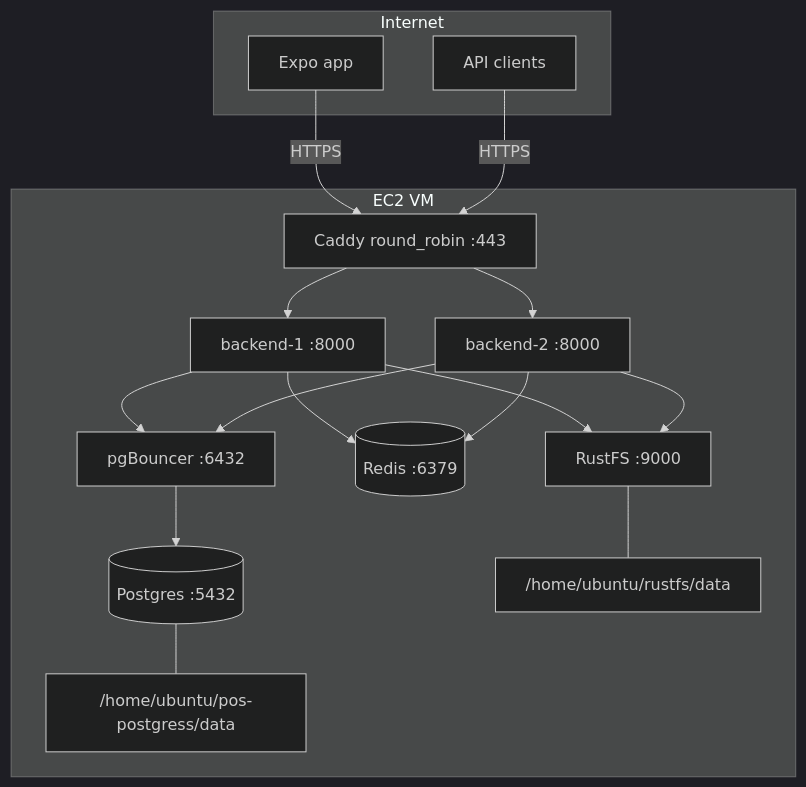
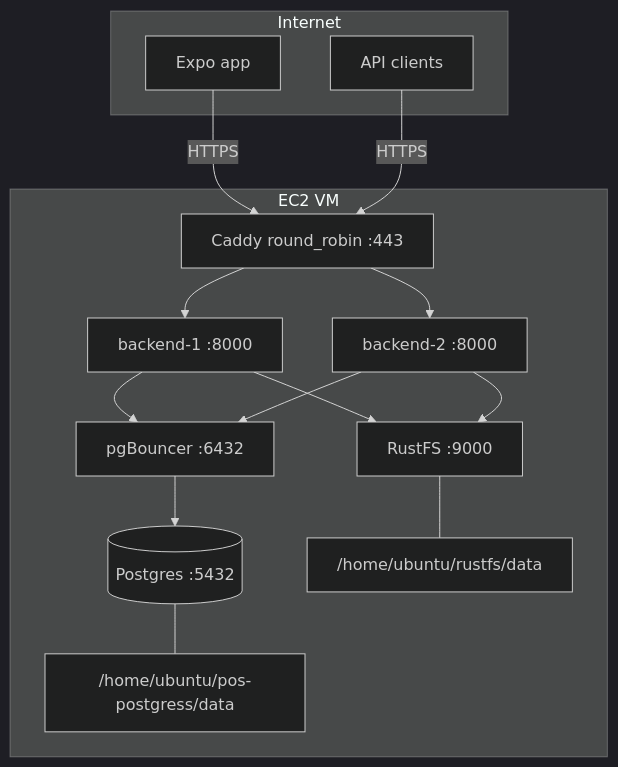
The second of 2 diagrams in README.md (durozen-technologies/Duro_POS), drawn with Mermaid (dark theme) before and after one commit. The commit also changed other lines of this file and 33 other files, not shown here.

````diff
--- a/README.md
+++ b/README.md
@@ -175,33 +172,30 @@
 ```mermaid
 flowchart TB
   subgraph internet [Internet]
     Mobile[Expo app]
     Clients[API clients]
   end
 
   subgraph ec2 [EC2 VM]
     Caddy[Caddy round_robin :443]
     BE1[backend-1 :8000]
     BE2[backend-2 :8000]
     PGB[pgBouncer :6432]
     Postgres[(Postgres :5432)]
-    Redis[(Redis :6379)]
     RustFS[RustFS :9000]
     PGData["/home/ubuntu/pos-postgress/data"]
     RFData["/home/ubuntu/rustfs/data"]
   end
 
   Mobile -->|HTTPS| Caddy
   Clients -->|HTTPS| Caddy
   Caddy --> BE1
   Caddy --> BE2
   BE1 --> PGB
   BE2 --> PGB
   PGB --> Postgres
   BE1 --> RustFS
   BE2 --> RustFS
-  BE1 --> Redis
-  BE2 --> Redis
   Postgres --- PGData
   RustFS --- RFData
 ```
````
